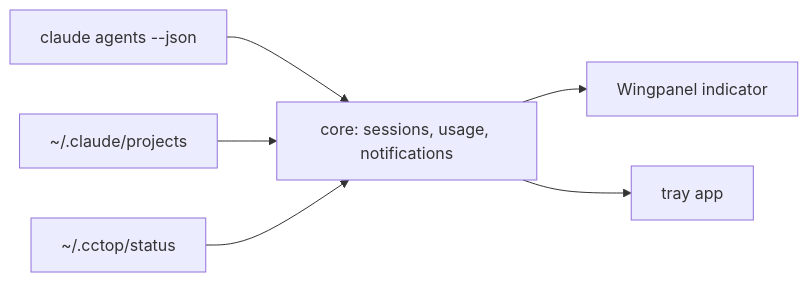
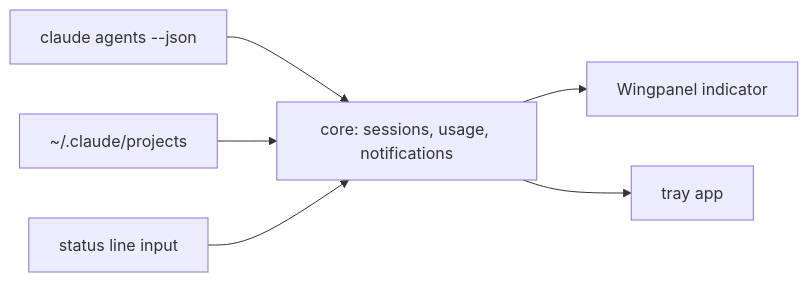
Before and after one commit to rezk2ll/claude-agents-indicator: the diagram in README.md, drawn with Mermaid. The commit also changed other lines of this file and 3 other files, not shown here.

Commit message:
Read usage from a copy of the status line input, without cctop

````diff
--- a/README.md
+++ b/README.md
@@ -135,8 +150,8 @@
 ```mermaid
 flowchart LR
     claude["claude agents --json"] --> core
     transcripts["~/.claude/projects"] --> core
-    cctop["~/.cctop/status"] --> core
+    statusline["status line input"] --> core
     core["core: sessions, usage, notifications"] --> wingpanel["Wingpanel indicator"]
     core --> tray["tray app"]
 ```
````
